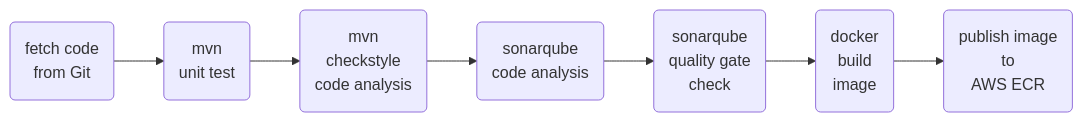
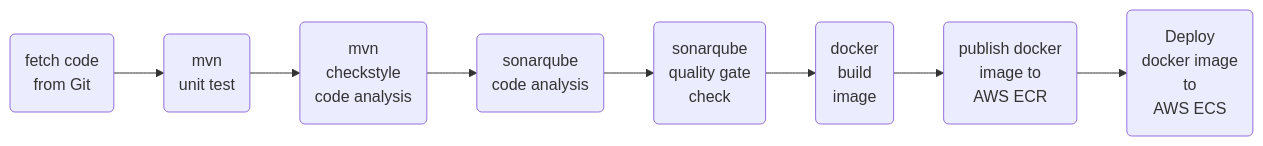
Before and after one commit to yogeshgunasekaran/Jenkinsfile-Docker-CI-CD: the diagram in README.md, drawn with Mermaid.

````diff
--- a/README.md
+++ b/README.md
@@ -4,7 +4,7 @@
 ```mermaid
 graph LR
 A(fetch code <br> from Git) -->C(mvn <br> unit test) -->D(mvn <br> checkstyle <br> code analysis)
 -->E(sonarqube <br> code analysis) -->F(sonarqube <br> quality gate <br> check) -->G(docker <br> build <br> image)
--->H(publish image<br> to <br> AWS ECR)
+-->H(publish docker <br> image to <br> AWS ECR) -->I(Deploy <br> docker image <br> to <br> AWS ECS)
    
 ```
````
